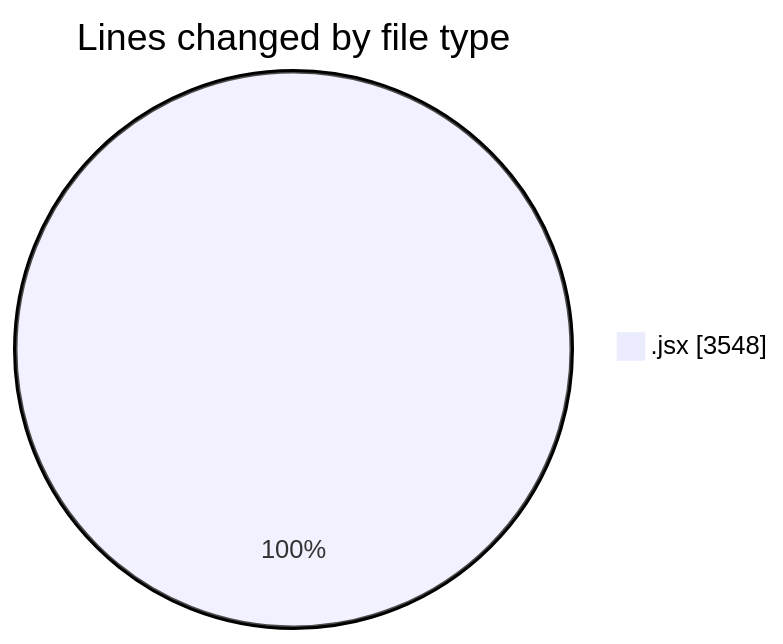
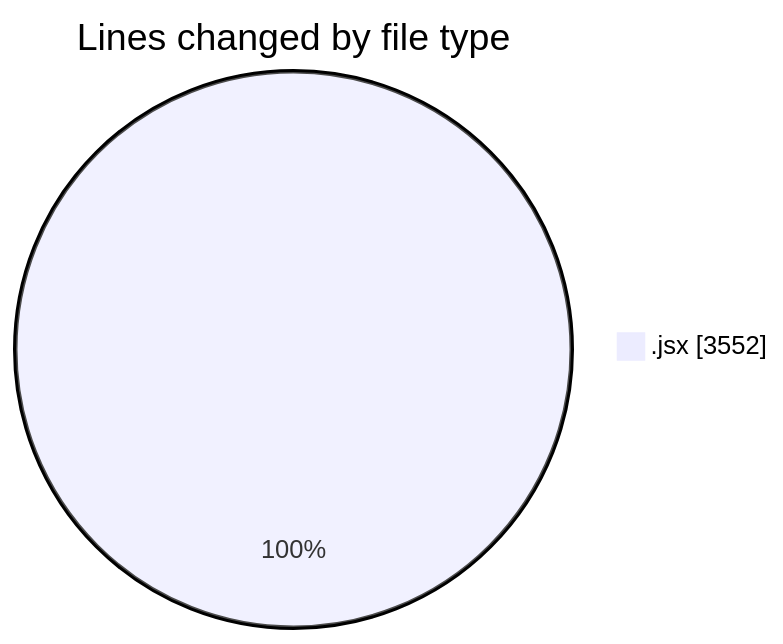
Before and after one commit to nxtqubesakshisongat/code-tracking: the first of 2 diagrams in 2025-07-04/argos/README.md, drawn with Mermaid. The commit also changed other lines of this file and 1 other file, not shown here.

````diff
--- a/2025-07-04/argos/README.md
+++ b/2025-07-04/argos/README.md
@@ -22,5 +22,5 @@
 ```mermaid
 pie showData
 title Lines changed by file type
-".jsx" : 3548
+".jsx" : 3552
 ```
````
